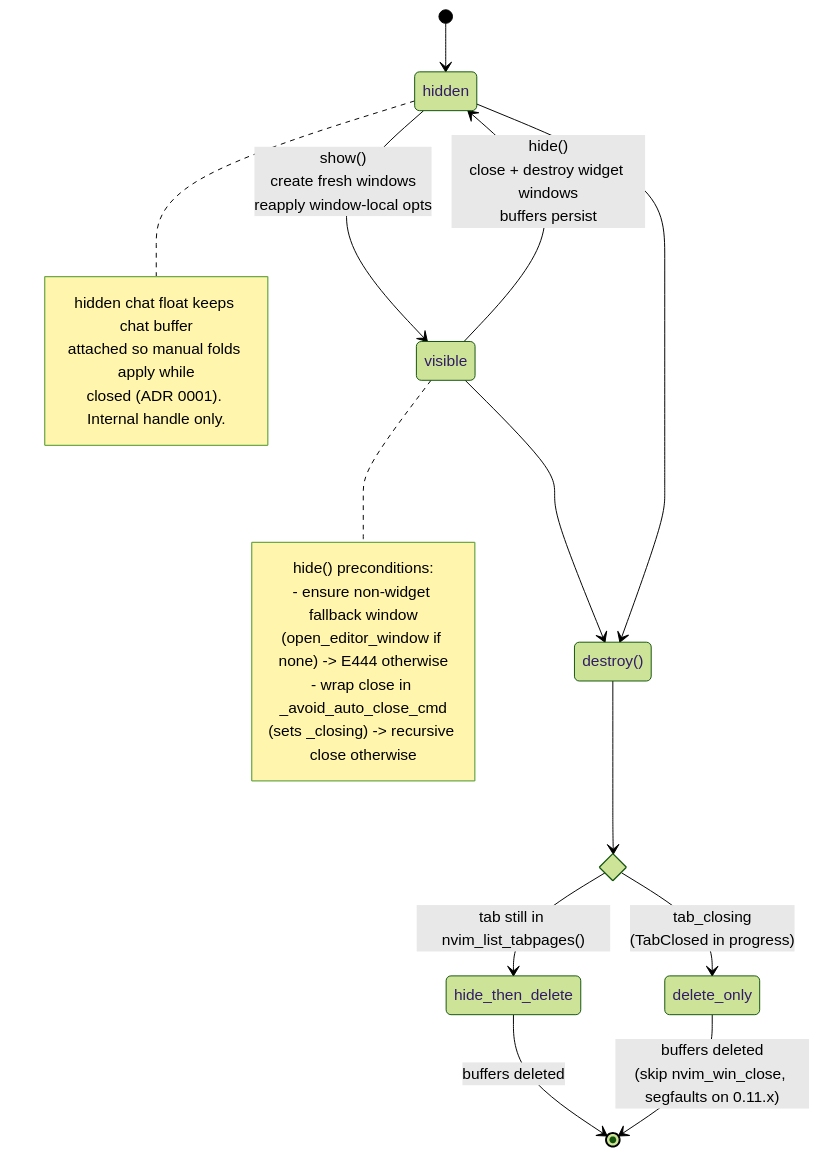
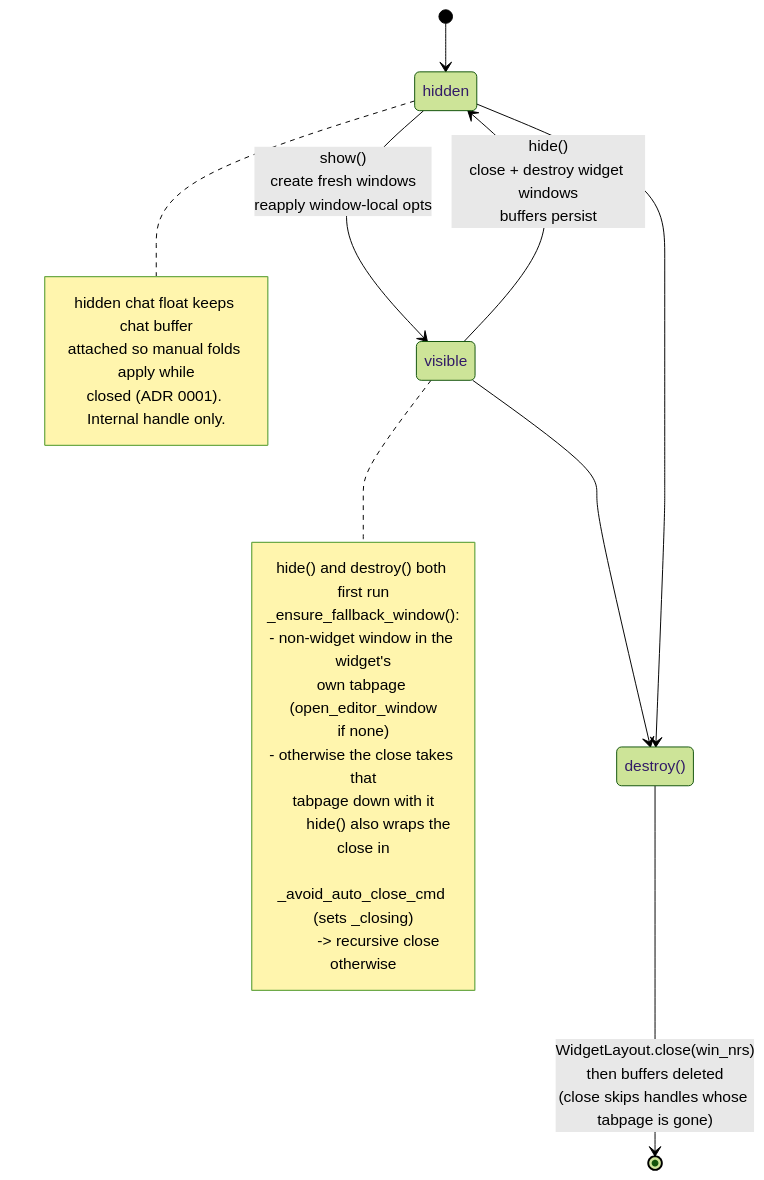
One commit to carlos-algms/agentic.nvim changed the diagram in lua/agentic/ui/AGENTS.md. Above: the diagram before and after it, drawn with Mermaid (forest theme). The commit also changed other lines of this file and 44 other files, not shown here.

````diff
--- a/lua/agentic/ui/AGENTS.md
+++ b/lua/agentic/ui/AGENTS.md
@@ -42,31 +43,31 @@
 ```mermaid
 stateDiagram-v2
     [*] --> hidden
     hidden --> visible: show()<br/>create fresh windows<br/>reapply window-local opts
     visible --> hidden: hide()<br/>close + destroy widget windows<br/>buffers persist
 
     state "destroy()" as destroy
     visible --> destroy
     hidden --> destroy
 
-    state tab_check <<choice>>
-    destroy --> tab_check
-    tab_check --> hide_then_delete: tab still in nvim_list_tabpages()
-    tab_check --> delete_only: tab_closing<br/>(TabClosed in progress)
-
-    hide_then_delete --> [*]: buffers deleted
-    delete_only --> [*]: buffers deleted<br/>(skip nvim_win_close, segfaults on 0.11.x)
+    destroy --> [*]: WidgetLayout.close(win_nrs)<br/>then buffers deleted<br/>(close skips handles whose tabpage is gone)
 
     note right of visible
-        hide() preconditions:
-        - ensure non-widget fallback window
-          (open_editor_window if none) -> E444 otherwise
-        - wrap close in _avoid_auto_close_cmd
-          (sets _closing) -> recursive close otherwise
+        hide() and destroy() both first run
+        _ensure_fallback_window():
+        - non-widget window in the widget's
+          own tabpage (open_editor_window
+          if none)
+        - otherwise the close takes that
+          tabpage down with it
+
+        hide() also wraps the close in
+        _avoid_auto_close_cmd (sets _closing)
+        -> recursive close otherwise
     end note
     note right of hidden
         hidden chat float keeps chat buffer
         attached so manual folds apply while
         closed (ADR 0001). Internal handle only.
     end note
 ```
````
